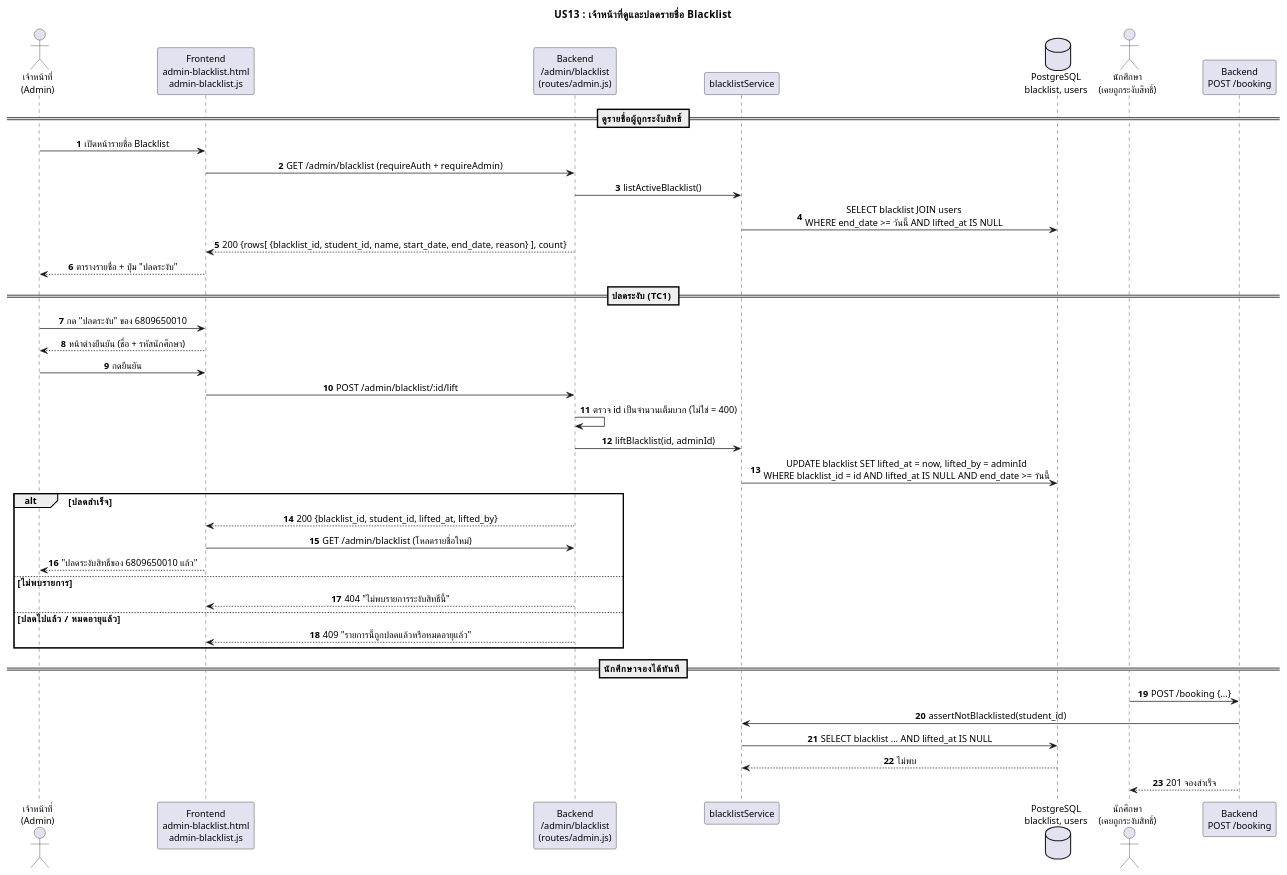
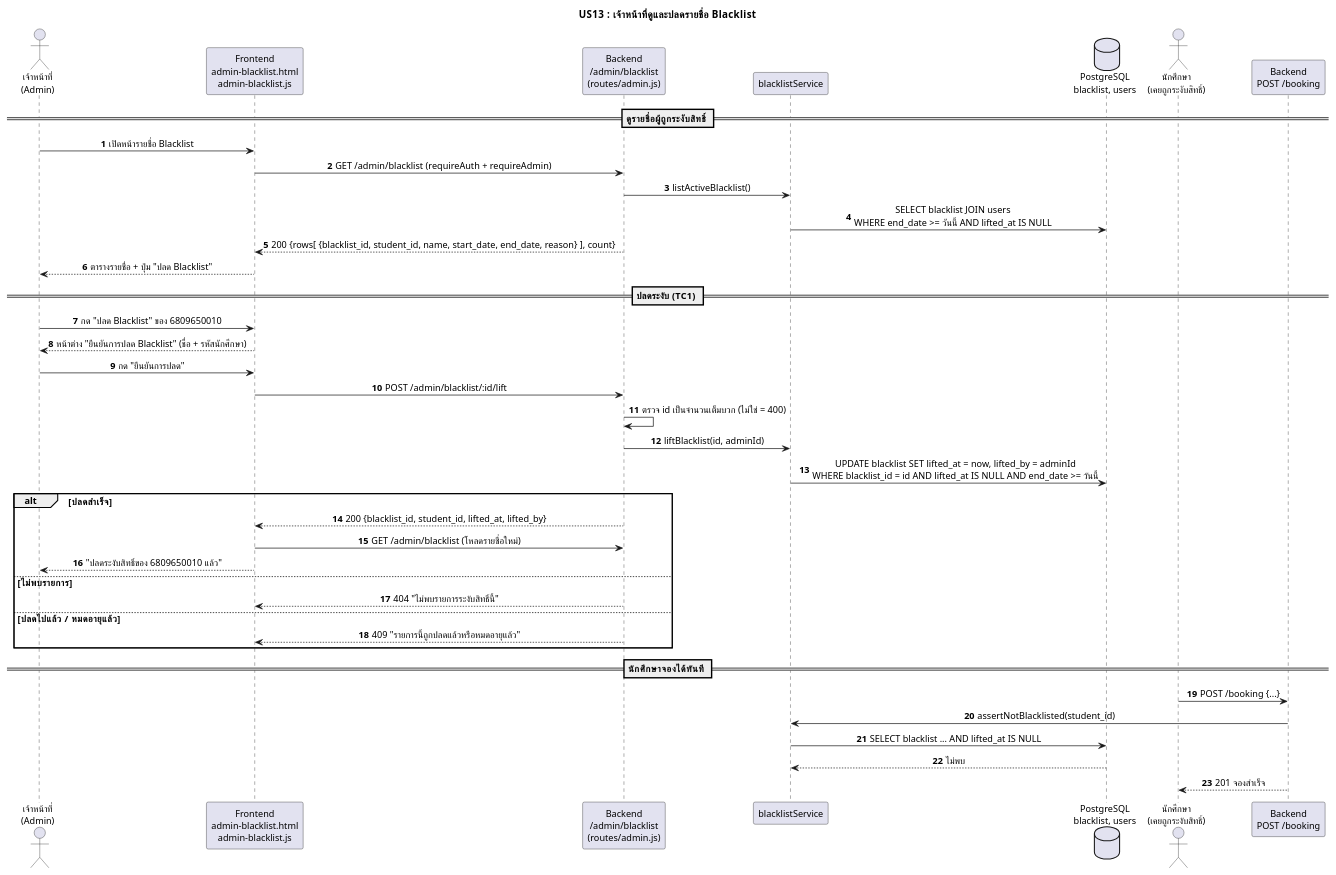
The diagram in docs/design/sequence/US13-blacklist-lift.puml (niairi/cs261_650001_group8), drawn with PlantUML before and after one commit. The commit also changed 3 other files, not shown here.

```diff
--- a/docs/design/sequence/US13-blacklist-lift.puml
+++ b/docs/design/sequence/US13-blacklist-lift.puml
@@ -1,48 +1,48 @@
 @startuml
 skinparam defaultFontName Loma
 skinparam defaultFontSize 13
 skinparam sequenceMessageAlign center
 skinparam responseMessageBelowArrow true
 autonumber
 title US13 : เจ้าหน้าที่ดูและปลดรายชื่อ Blacklist
 actor "เจ้าหน้าที่\n(Admin)" as A
 participant "Frontend\nadmin-blacklist.html\nadmin-blacklist.js" as AF
 participant "Backend\n/admin/blacklist\n(routes/admin.js)" as AR
 participant "blacklistService" as BS
 database "PostgreSQL\nblacklist, users" as DB
 actor "นักศึกษา\n(เคยถูกระงับสิทธิ์)" as S
 participant "Backend\nPOST /booking" as BR
 
 == ดูรายชื่อผู้ถูกระงับสิทธิ์ ==
 A -> AF : เปิดหน้ารายชื่อ Blacklist
 AF -> AR : GET /admin/blacklist (requireAuth + requireAdmin)
 AR -> BS : listActiveBlacklist()
 BS -> DB : SELECT blacklist JOIN users\nWHERE end_date >= วันนี้ AND lifted_at IS NULL
 AR --> AF : 200 {rows[ {blacklist_id, student_id, name, start_date, end_date, reason} ], count}
-AF --> A : ตารางรายชื่อ + ปุ่ม "ปลดระงับ"
+AF --> A : ตารางรายชื่อ + ปุ่ม "ปลด Blacklist"
 
 == ปลดระงับ (TC1) ==
-A -> AF : กด "ปลดระงับ" ของ 6809650010
-AF --> A : หน้าต่างยืนยัน (ชื่อ + รหัสนักศึกษา)
-A -> AF : กดยืนยัน
+A -> AF : กด "ปลด Blacklist" ของ 6809650010
+AF --> A : หน้าต่าง "ยืนยันการปลด Blacklist" (ชื่อ + รหัสนักศึกษา)
+A -> AF : กด "ยืนยันการปลด"
 AF -> AR : POST /admin/blacklist/:id/lift
 AR -> AR : ตรวจ id เป็นจำนวนเต็มบวก (ไม่ใช่ = 400)
 AR -> BS : liftBlacklist(id, adminId)
 BS -> DB : UPDATE blacklist SET lifted_at = now, lifted_by = adminId\nWHERE blacklist_id = id AND lifted_at IS NULL AND end_date >= วันนี้
 alt ปลดสำเร็จ
   AR --> AF : 200 {blacklist_id, student_id, lifted_at, lifted_by}
   AF -> AR : GET /admin/blacklist (โหลดรายชื่อใหม่)
   AF --> A : "ปลดระงับสิทธิ์ของ 6809650010 แล้ว"
 else ไม่พบรายการ
   AR --> AF : 404 "ไม่พบรายการระงับสิทธิ์นี้"
 else ปลดไปแล้ว / หมดอายุแล้ว
   AR --> AF : 409 "รายการนี้ถูกปลดแล้วหรือหมดอายุแล้ว"
 end
 
 == นักศึกษาจองได้ทันที ==
 S -> BR : POST /booking {...}
 BR -> BS : assertNotBlacklisted(student_id)
 BS -> DB : SELECT blacklist ... AND lifted_at IS NULL
 DB --> BS : ไม่พบ
 BR --> S : 201 จองสำเร็จ
 @enduml
```
